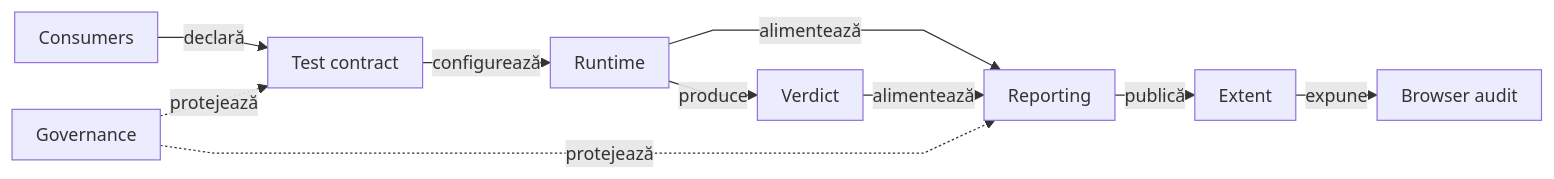
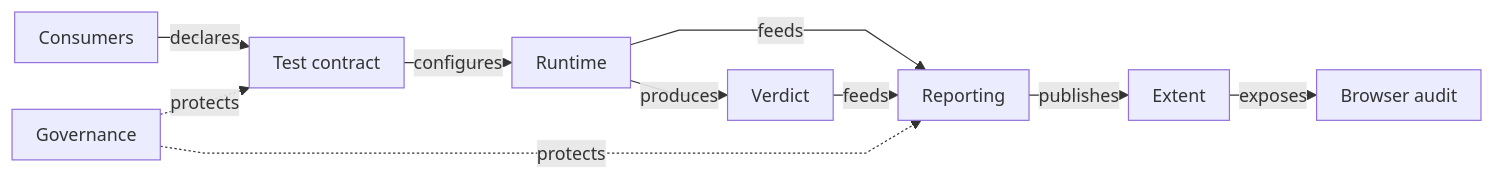
Before and after one commit to crististefanita/atf_j1: the first of 7 diagrams in README.md, drawn with Mermaid. The commit also changed other lines of this file and 83 other files, not shown here.

````diff
--- a/README.md
+++ b/README.md
@@ -40,22 +44,22 @@
 ```mermaid
 %%{init: {"themeVariables":{"fontSize":"15px"},"themeCSS":".nodeLabel, .nodeLabel p { font-size: 15px !important; line-height: 1.35 !important; } .edgeLabel, .edgeLabel p { font-size: 12px !important; font-weight: 400 !important; line-height: 1.2 !important; } .edgeLabel .labelBkg, .edgeLabel p { background: transparent !important; } .edgeLabel foreignObject { transform: translateY(-18px); overflow: visible; } .node rect { rx: 6px; ry: 6px; }","flowchart":{"curve":"linear","nodeSpacing":24,"rankSpacing":16,"padding":10,"diagramPadding":16}}}%%
 flowchart LR
     Consumers[Consumers]
     Contract[Test contract]
     Runtime["Runtime"]
     Verdict["Verdict"]
     Reporting["Reporting"]
     Artifact["Extent"]
     Audit[Browser audit]
     Governance[Governance]
 
-    Consumers -->|declară| Contract
-    Contract -->|configurează| Runtime
-    Runtime -->|alimentează| Reporting
-    Runtime -->|produce| Verdict
-    Verdict -->|alimentează| Reporting
-    Reporting -->|publică| Artifact
-    Artifact -->|expune| Audit
-    Governance -. protejează .-> Contract
-    Governance -. protejează .-> Reporting
+    Consumers -->|declares| Contract
+    Contract -->|configures| Runtime
+    Runtime -->|feeds| Reporting
+    Runtime -->|produces| Verdict
+    Verdict -->|feeds| Reporting
+    Reporting -->|publishes| Artifact
+    Artifact -->|exposes| Audit
+    Governance -. protects .-> Contract
+    Governance -. protects .-> Reporting
 ```
````
